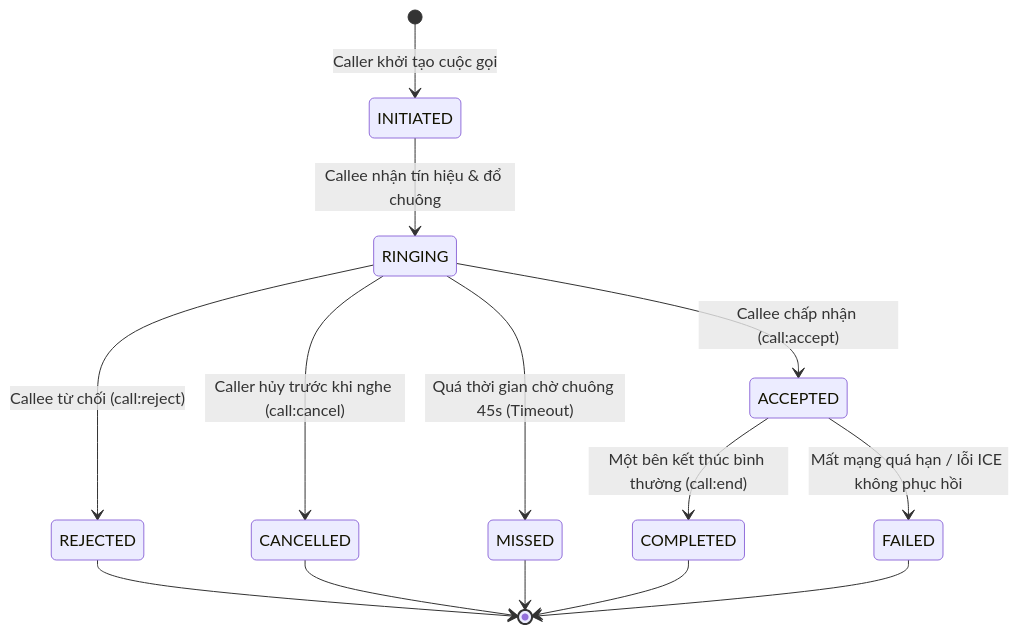
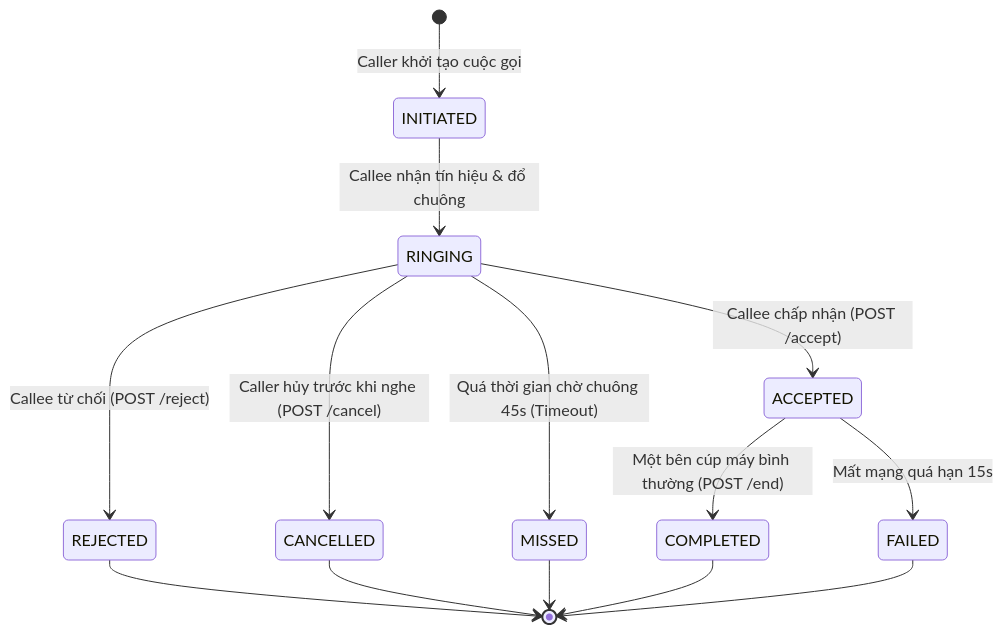
One commit to chanh-group/docs changed the first of 6 diagrams in WebRTC_Call_Dev_GUIDE.md. Above: the diagram before and after it, drawn with Mermaid. The commit also changed other lines of this file, not shown here.

Commit message:
docs(call): transition architecture specification from P2P to LiveKit SFU

````diff
--- a/WebRTC_Call_Dev_GUIDE.md
+++ b/WebRTC_Call_Dev_GUIDE.md
@@ -118,19 +120,19 @@
 ```mermaid
 stateDiagram-v2
     [*] --> INITIATED: Caller khởi tạo cuộc gọi
     INITIATED --> RINGING: Callee nhận tín hiệu & đổ chuông
     
-    RINGING --> ACCEPTED: Callee chấp nhận (call:accept)
-    RINGING --> REJECTED: Callee từ chối (call:reject)
-    RINGING --> CANCELLED: Caller hủy trước khi nghe (call:cancel)
+    RINGING --> ACCEPTED: Callee chấp nhận (POST /accept)
+    RINGING --> REJECTED: Callee từ chối (POST /reject)
+    RINGING --> CANCELLED: Caller hủy trước khi nghe (POST /cancel)
     RINGING --> MISSED: Quá thời gian chờ chuông 45s (Timeout)
     
-    ACCEPTED --> COMPLETED: Một bên kết thúc bình thường (call:end)
-    ACCEPTED --> FAILED: Mất mạng quá hạn / lỗi ICE không phục hồi
+    ACCEPTED --> COMPLETED: Một bên cúp máy bình thường (POST /end)
+    ACCEPTED --> FAILED: Mất mạng quá hạn 15s
     
     REJECTED --> [*]
     CANCELLED --> [*]
     MISSED --> [*]
     COMPLETED --> [*]
     FAILED --> [*]
 ```
````
